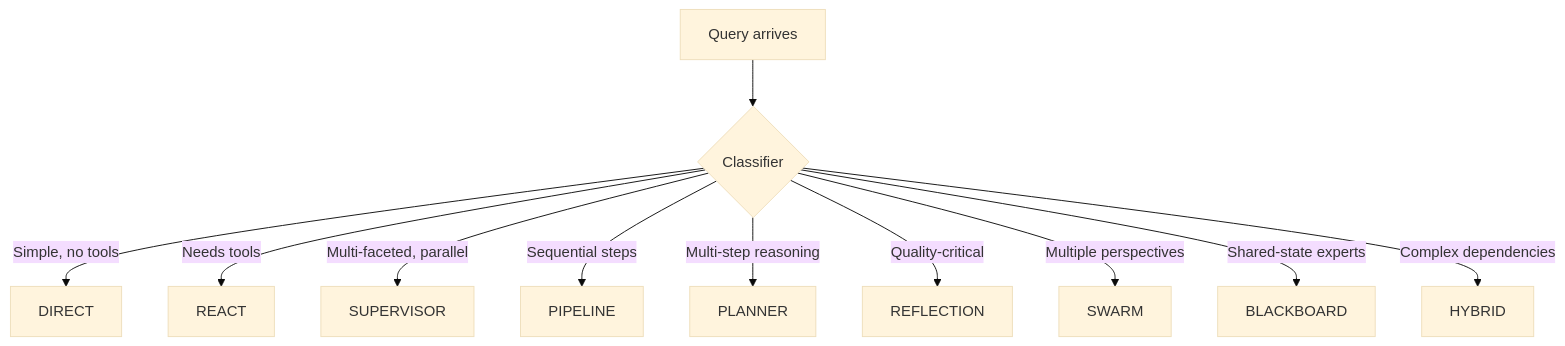
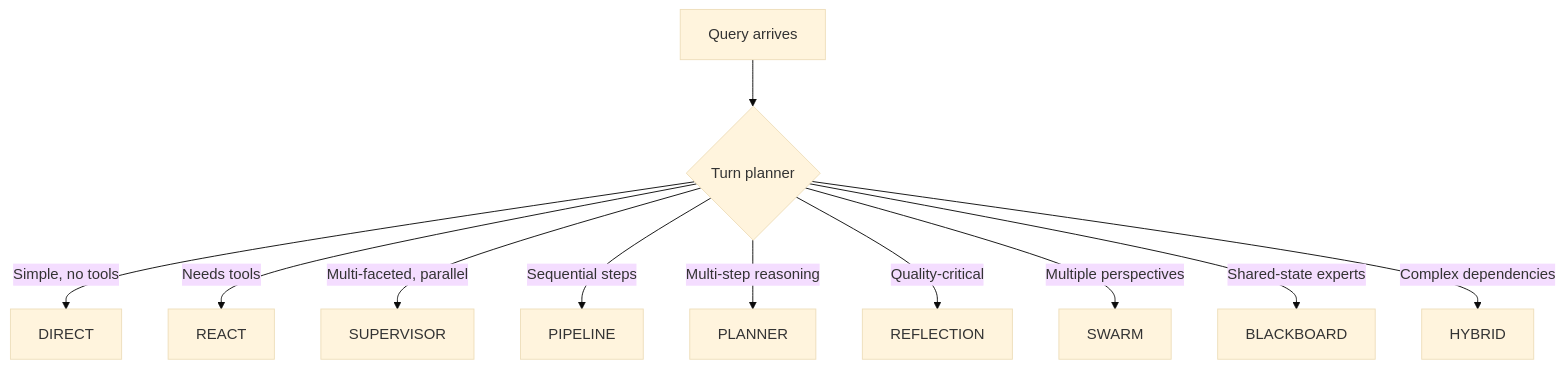
One commit to HELLOMEDHIRA/agloom changed the first of 3 diagrams in agloom/docs/concepts/patterns.md. Above: the diagram before and after it, drawn with Mermaid (base theme). The commit also changed other lines of this file and 256 other files, not shown here.

````diff
--- a/agloom/docs/concepts/patterns.md
+++ b/agloom/docs/concepts/patterns.md
@@ -7,13 +7,13 @@
 ```mermaid
 flowchart TD
-    Q[Query arrives] --> C{Classifier}
+    Q[Query arrives] --> C{Turn planner}
     C -->|Simple, no tools| DIRECT
     C -->|Needs tools| REACT
     C -->|Multi-faceted, parallel| SUPERVISOR
     C -->|Sequential steps| PIPELINE
     C -->|Multi-step reasoning| PLANNER
     C -->|Quality-critical| REFLECTION
     C -->|Multiple perspectives| SWARM
     C -->|Shared-state experts| BLACKBOARD
     C -->|Complex dependencies| HYBRID
 ```
````
